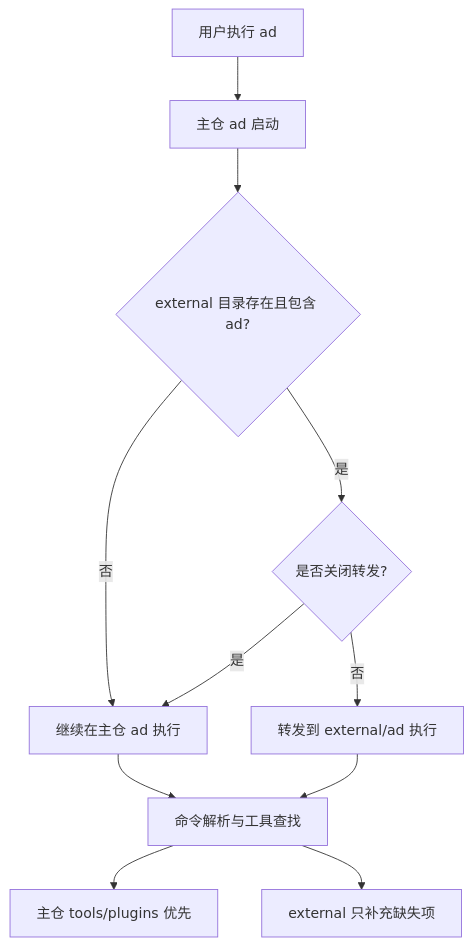
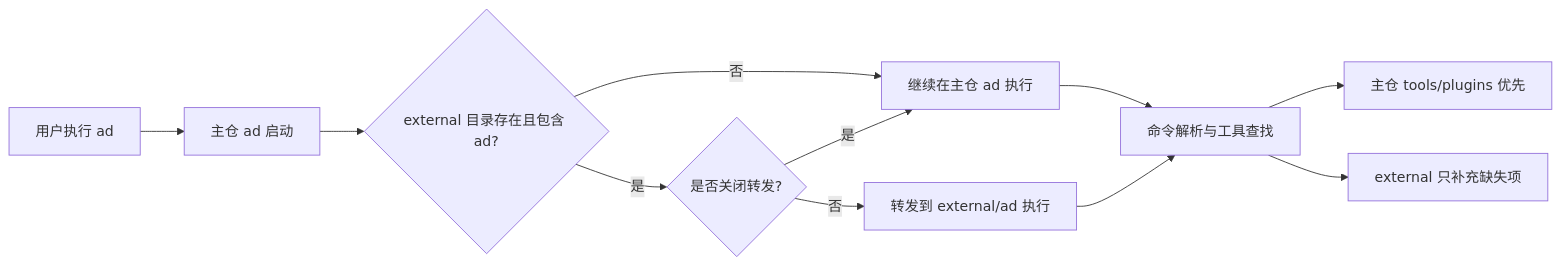
Before and after one commit to ZiYang-oyxy/awesome_devops: the first of 2 diagrams in README.md, drawn with Mermaid.

````diff
--- a/README.md
+++ b/README.md
@@ -50,13 +50,13 @@
 ```mermaid
-flowchart TD
+flowchart LR
     A[用户执行 ad] --> B[主仓 ad 启动]
     B --> C{external 目录存在且包含 ad?}
     C -- 否 --> D[继续在主仓 ad 执行]
     C -- 是 --> E{是否关闭转发?}
     E -- 是 --> D
     E -- 否 --> F[转发到 external/ad 执行]
     D --> G[命令解析与工具查找]
     F --> G
     G --> H[主仓 tools/plugins 优先]
     G --> I[external 只补充缺失项]
 ```
````
